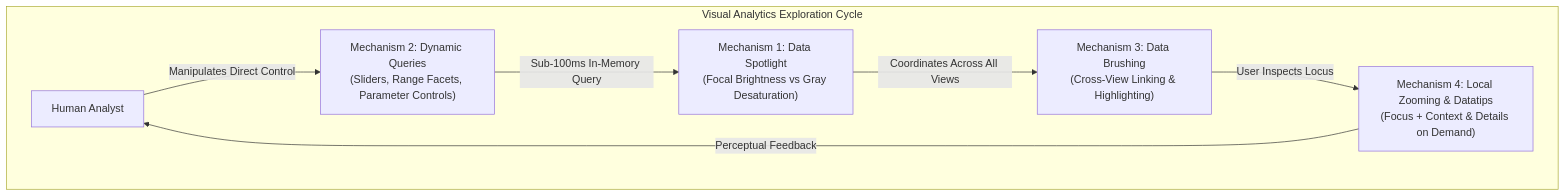
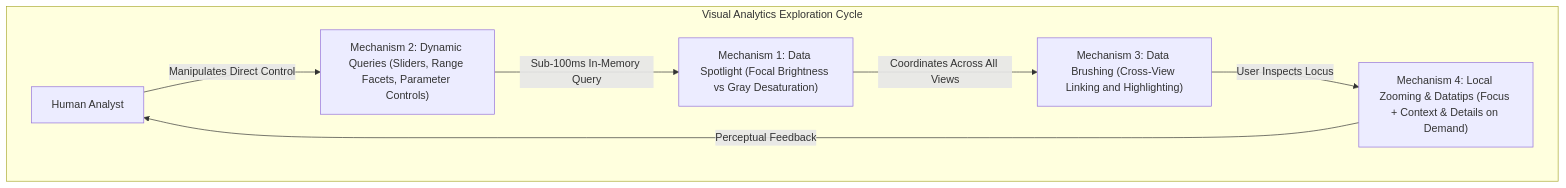
Before and after one commit to DeepLumiere/DeepSkills: the sixth of 18 diagrams in notes/data_analysis/Unit_5_notes.md, drawn with Mermaid. The commit also changed other lines of this file and 56 other files, not shown here.

````diff
--- a/notes/data_analysis/Unit_5_notes.md
+++ b/notes/data_analysis/Unit_5_notes.md
@@ -420,10 +420,10 @@
 ```mermaid
 flowchart TD
     subgraph AnalyticalParadigm ["Visual Analytics Exploration Cycle"]
-        U["Human Analyst"] -->|"Manipulates Direct Control"| DQ["Mechanism 2: Dynamic Queries<br/>(Sliders, Range Facets, Parameter Controls)"]
-        DQ -->|"Sub-100ms In-Memory Query"| DS["Mechanism 1: Data Spotlight<br/>(Focal Brightness vs Gray Desaturation)"]
-        DS -->|"Coordinates Across All Views"| DB["Mechanism 3: Data Brushing<br/>(Cross-View Linking & Highlighting)"]
-        DB -->|"User Inspects Locus"| LZ["Mechanism 4: Local Zooming & Datatips<br/>(Focus + Context & Details on Demand)"]
+        U["Human Analyst"] -->|"Manipulates Direct Control"| DQ["Mechanism 2: Dynamic Queries (Sliders, Range Facets, Parameter Controls)"]
+        DQ -->|"Sub-100ms In-Memory Query"| DS["Mechanism 1: Data Spotlight (Focal Brightness vs Gray Desaturation)"]
+        DS -->|"Coordinates Across All Views"| DB["Mechanism 3: Data Brushing (Cross-View Linking and Highlighting)"]
+        DB -->|"User Inspects Locus"| LZ["Mechanism 4: Local Zooming & Datatips (Focus + Context & Details on Demand)"]
         LZ -->|"Perceptual Feedback"| U
     end
 ```
````
